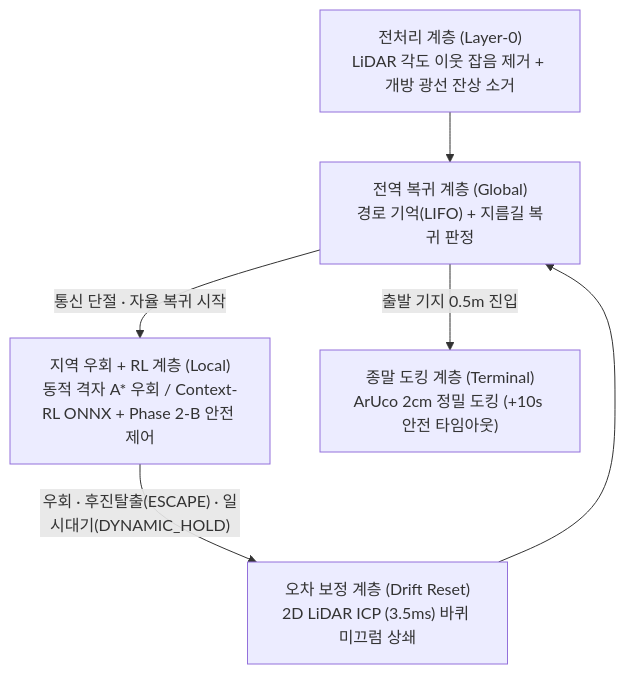
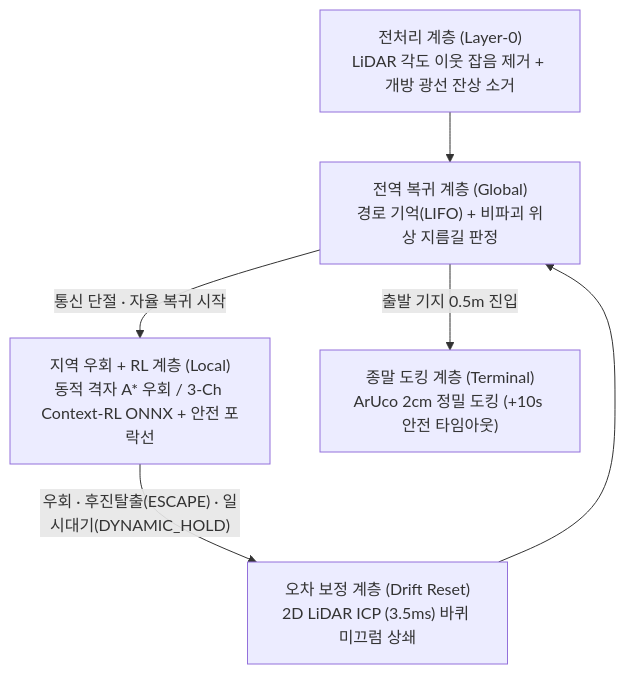
Before and after one commit to rjw136-lab/disaster_recovery_ws: the third of 3 diagrams in README.md, drawn with Mermaid. The commit also changed other lines of this file and 96 other files, not shown here.

````diff
--- a/README.md
+++ b/README.md
@@ -276,8 +372,8 @@
 ```mermaid
 flowchart TD
-    S["전처리 계층 (Layer-0)<br/>LiDAR 각도 이웃 잡음 제거 + 개방 광선 잔상 소거"] --> G["전역 복귀 계층 (Global)<br/>경로 기억(LIFO) + 지름길 복귀 판정"]
-    G -->|"통신 단절 · 자율 복귀 시작"| L["지역 우회 + RL 계층 (Local)<br/>동적 격자 A* 우회 / Context-RL ONNX + Phase 2-B 안전 제어"]
+    S["전처리 계층 (Layer-0)<br/>LiDAR 각도 이웃 잡음 제거 + 개방 광선 잔상 소거"] --> G["전역 복귀 계층 (Global)<br/>경로 기억(LIFO) + 비파괴 위상 지름길 판정"]
+    G -->|"통신 단절 · 자율 복귀 시작"| L["지역 우회 + RL 계층 (Local)<br/>동적 격자 A* 우회 / 3-Ch Context-RL ONNX + 안전 포락선"]
     L -->|"우회 · 후진탈출(ESCAPE) · 일시대기(DYNAMIC_HOLD)"| D["오차 보정 계층 (Drift Reset)<br/>2D LiDAR ICP (3.5ms) 바퀴 미끄럼 상쇄"]
     D --> G
     G -->|"출발 기지 0.5m 진입"| T["종말 도킹 계층 (Terminal)<br/>ArUco 2cm 정밀 도킹 (+10s 안전 타임아웃)"]
 ```
````
